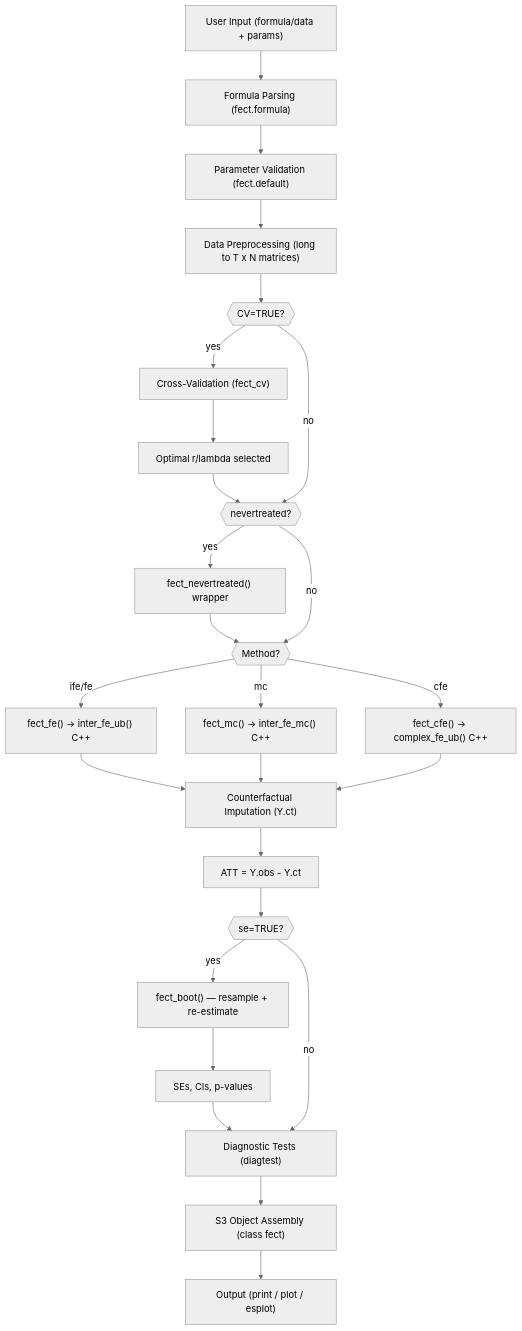
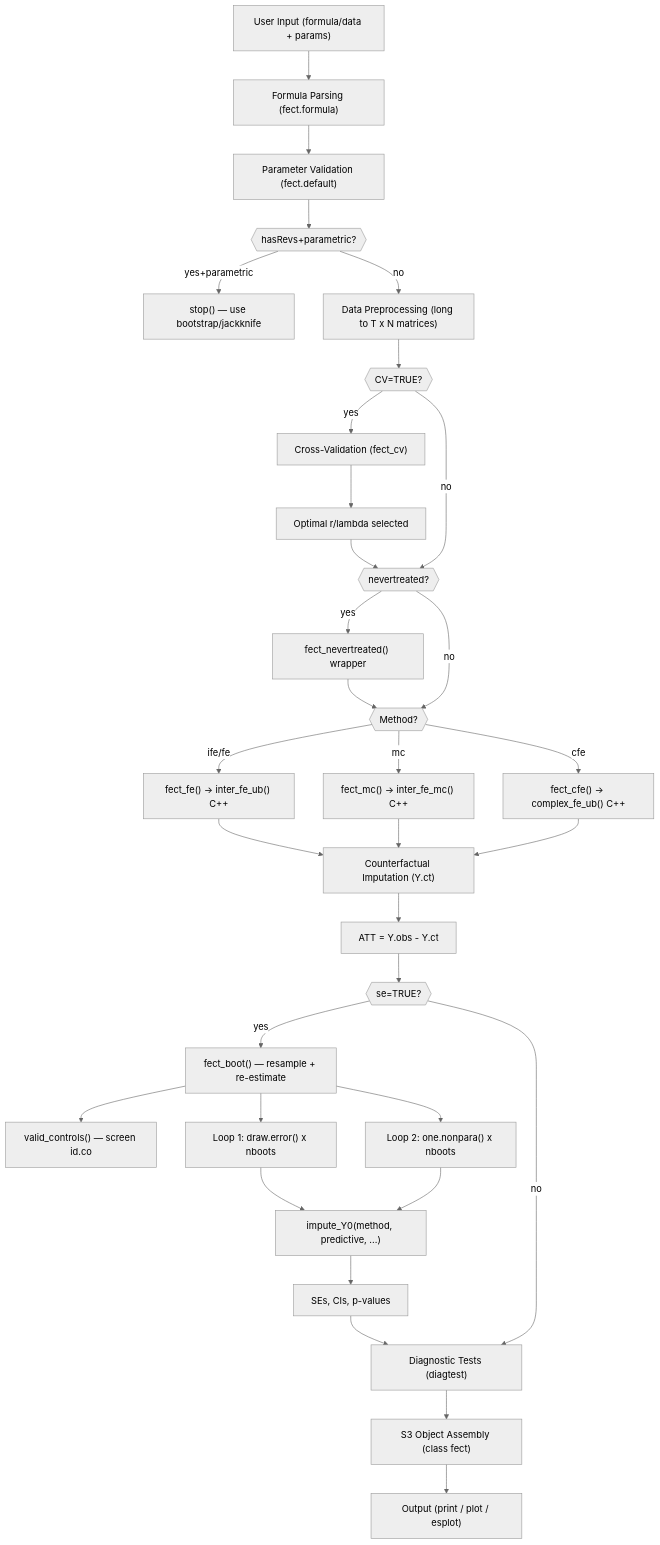
Before and after one commit to xuyiqing/fect: the fifth of 5 diagrams in ARCHITECTURE.md, drawn with Mermaid. The commit also changed other lines of this file, not shown here.

Commit message:
docs: architecture + process record for paraboot refactor (2026-04-13)

````diff
--- a/ARCHITECTURE.md
+++ b/ARCHITECTURE.md
@@ -251,51 +307,64 @@
 ```mermaid
 %%{init: {'theme': 'neutral'}}%%
 graph TD
     IN["User Input (formula/data + params)"]
     FP["Formula Parsing (fect.formula)"]
     PV["Parameter Validation (fect.default)"]
+    HG{{"hasRevs+parametric?"}}
+    ERR["stop() — use bootstrap/jackknife"]
     DP["Data Preprocessing (long to T x N matrices)"]
     CV{{"CV=TRUE?"}}
     CVR["Cross-Validation (fect_cv)"]
     OPT["Optimal r/lambda selected"]
     NT{{"nevertreated?"}}
     NTW["fect_nevertreated() wrapper"]
     MR{{"Method?"}}
     IFE["fect_fe() -> inter_fe_ub() C++"]
     MC["fect_mc() -> inter_fe_mc() C++"]
     CFE["fect_cfe() -> complex_fe_ub() C++"]
     CI["Counterfactual Imputation (Y.ct)"]
     ATT["ATT = Y.obs - Y.ct"]
     SE{{"se=TRUE?"}}
     BOOT["fect_boot() — resample + re-estimate"]
+    VC["valid_controls() — screen id.co"]
+    L1["Loop 1: draw.error() x nboots"]
+    L2["Loop 2: one.nonpara() x nboots"]
+    IY["impute_Y0(method, predictive, ...)"]
     SECI["SEs, CIs, p-values"]
     DIAG["Diagnostic Tests (diagtest)"]
     OBJ["S3 Object Assembly (class fect)"]
     OUT["Output (print / plot / esplot)"]
 
     IN --> FP
     FP --> PV
-    PV --> DP
+    PV --> HG
+    HG -- yes+parametric --> ERR
+    HG -- no --> DP
     DP --> CV
     CV -- yes --> CVR
     CVR --> OPT
     OPT --> NT
     CV -- no --> NT
     NT -- yes --> NTW
     NTW --> MR
     NT -- no --> MR
     MR -- ife/fe --> IFE
     MR -- mc --> MC
     MR -- cfe --> CFE
     IFE --> CI
     MC --> CI
     CFE --> CI
     CI --> ATT
     ATT --> SE
     SE -- yes --> BOOT
-    BOOT --> SECI
+    BOOT --> VC
+    BOOT --> L1
+    BOOT --> L2
+    L1 --> IY
+    L2 --> IY
+    IY --> SECI
     SECI --> DIAG
     SE -- no --> DIAG
     DIAG --> OBJ
     OBJ --> OUT
 ```
````
